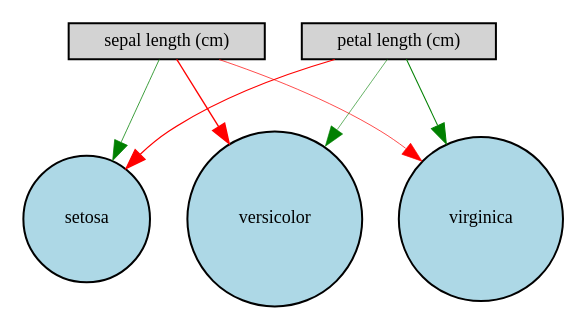
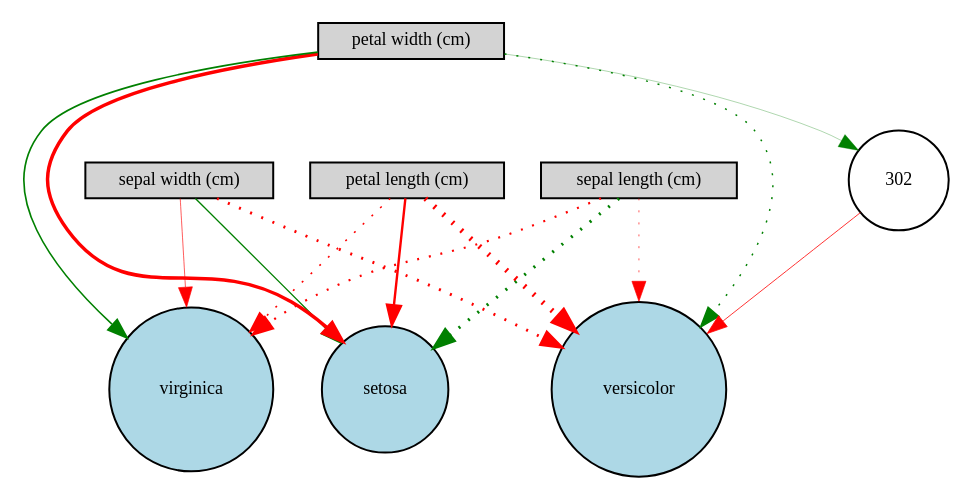
The diagram in iris/Digraph.gv (Maxwell1447/Neuro-evolution-in-speaker-recognition), drawn with Graphviz before and after one commit. The commit also changed 12 other files, not shown here.

```diff
--- a/iris/Digraph.gv
+++ b/iris/Digraph.gv
@@ -1,14 +1,25 @@
 digraph {
 	node [fontsize=9 height=0.2 shape=circle width=0.2]
 	"sepal length (cm)" [fillcolor=lightgray shape=box style=filled]
+	"sepal width (cm)" [fillcolor=lightgray shape=box style=filled]
 	"petal length (cm)" [fillcolor=lightgray shape=box style=filled]
+	"petal width (cm)" [fillcolor=lightgray shape=box style=filled]
 	setosa [fillcolor=lightblue style=filled]
 	versicolor [fillcolor=lightblue style=filled]
 	virginica [fillcolor=lightblue style=filled]
-	"sepal length (cm)" -> setosa [color=green penwidth=0.3849879983508214 style=solid]
-	"sepal length (cm)" -> versicolor [color=red penwidth=0.696485234016882 style=solid]
-	"sepal length (cm)" -> virginica [color=red penwidth=0.3531067719800619 style=solid]
-	"petal length (cm)" -> setosa [color=red penwidth=0.6141766497626169 style=solid]
-	"petal length (cm)" -> versicolor [color=green penwidth=0.2959075380177175 style=solid]
-	"petal length (cm)" -> virginica [color=green penwidth=0.5128555480132825 style=solid]
+	302 [fillcolor=white style=filled]
+	"sepal length (cm)" -> setosa [color=green penwidth=1.5879240750794557 style=dotted]
+	"sepal length (cm)" -> versicolor [color=red penwidth=0.32685695916901003 style=dotted]
+	"sepal length (cm)" -> virginica [color=red penwidth=1.1111570364334604 style=dotted]
+	"sepal width (cm)" -> setosa [color=green penwidth=0.6912432258017096 style=solid]
+	"sepal width (cm)" -> versicolor [color=red penwidth=1.4355060685959589 style=dotted]
+	"sepal width (cm)" -> virginica [color=red penwidth=0.3202411434310227 style=solid]
+	"petal length (cm)" -> setosa [color=red penwidth=1.20461432173165 style=solid]
+	"petal length (cm)" -> versicolor [color=red penwidth=2.702776530827199 style=dotted]
+	"petal length (cm)" -> virginica [color=red penwidth=0.7968271727954752 style=dotted]
+	"petal width (cm)" -> setosa [color=red penwidth=1.7386523641169838 style=solid]
+	"petal width (cm)" -> versicolor [color=green penwidth=0.73869999871396 style=dotted]
+	"petal width (cm)" -> virginica [color=green penwidth=0.8185551645392076 style=solid]
+	"petal width (cm)" -> 302 [color=green penwidth=0.16446499082858573 style=solid]
+	302 -> versicolor [color=red penwidth=0.39530993989384877 style=solid]
 }
```
